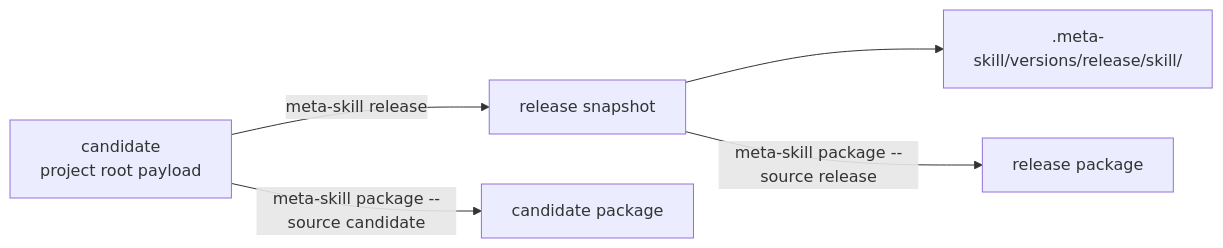
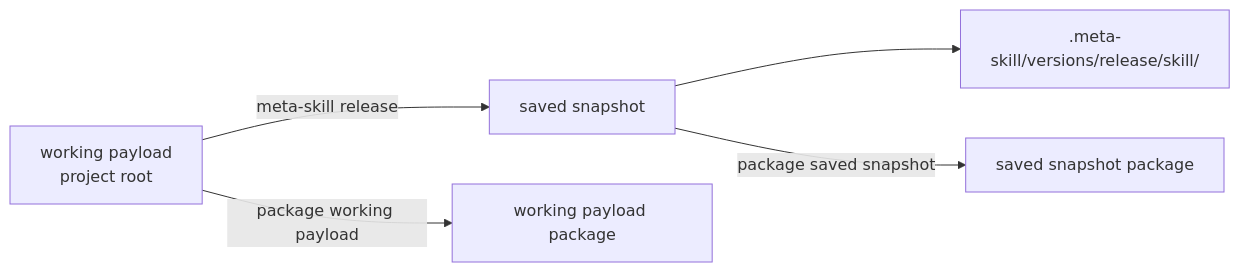
One commit to rishirsv/dots changed the third of 6 diagrams in plugins/meta-skill/architecture.md. Above: the diagram before and after it, drawn with Mermaid. The commit also changed other lines of this file and 29 other files, not shown here.

Commit message:
remove eval side labels from meta skill (#20)

````diff
--- a/plugins/meta-skill/architecture.md
+++ b/plugins/meta-skill/architecture.md
@@ -81,7 +81,7 @@
 ```mermaid
 flowchart LR
-  candidate["candidate\nproject root payload"] -->|meta-skill release| release["release snapshot"]
-  release --> releasePath[".meta-skill/versions/release/skill/"]
-  candidate -->|meta-skill package --source candidate| candidatePkg["candidate package"]
-  release -->|meta-skill package --source release| releasePkg["release package"]
+  working["working payload\nproject root"] -->|meta-skill release| snapshot["saved snapshot"]
+  snapshot --> snapshotPath[".meta-skill/versions/release/skill/"]
+  working -->|package working payload| workingPkg["working payload package"]
+  snapshot -->|package saved snapshot| snapshotPkg["saved snapshot package"]
 ```
````
